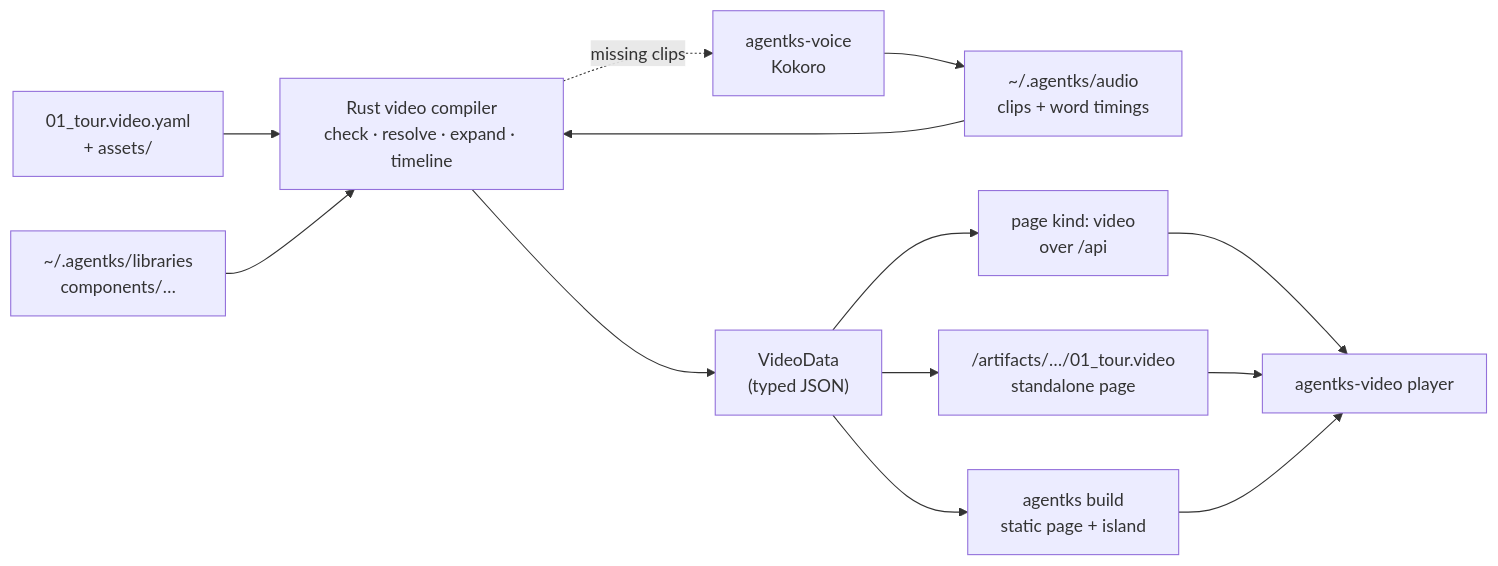
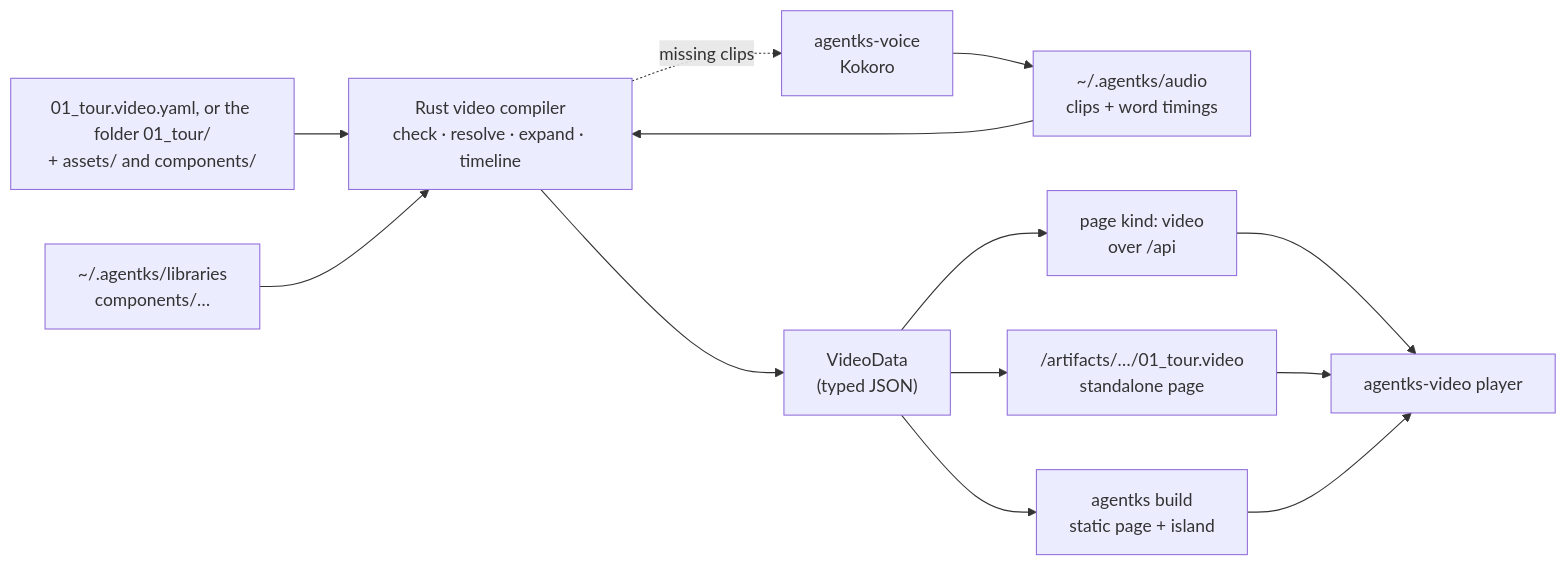
One commit to sidhanthapoddar99/agent-knowledge-system changed the diagram in default-docs/data/todo/2026-09-29-narrated-video-pages/brainstorm/01_video-artifact-engine/09_architecture-fit.md. Above: the diagram before and after it, drawn with Mermaid. The commit also changed other lines of this file and 407 other files, not shown here.

````diff
--- a/default-docs/data/todo/2026-09-29-narrated-video-pages/brainstorm/01_video-artifact-engine/09_architecture-fit.md
+++ b/default-docs/data/todo/2026-09-29-narrated-video-pages/brainstorm/01_video-artifact-engine/09_architecture-fit.md
@@ -9,15 +9,15 @@
 ```mermaid
 flowchart LR
-  file["01_tour.video.yaml<br/>+ assets/"] --> compiler
+  file["01_tour.video.yaml, or the folder 01_tour/<br/>+ assets/ and components/"] --> compiler
   libs["~/.agentks/libraries<br/>components/…"] --> compiler
   audio["~/.agentks/audio<br/>clips + word timings"] --> compiler
   compiler["Rust video compiler<br/>check · resolve · expand · timeline"] --> data["VideoData<br/>(typed JSON)"]
   compiler -. "missing clips" .-> helper["agentks-voice<br/>Kokoro"]
   helper --> audio
   data --> page["page kind: video<br/>over /api"]
   data --> shell["/artifacts/…/01_tour.video<br/>standalone page"]
   data --> build["agentks build<br/>static page + island"]
   page --> player["agentks-video player"]
   shell --> player
   build --> player
 ```
````
